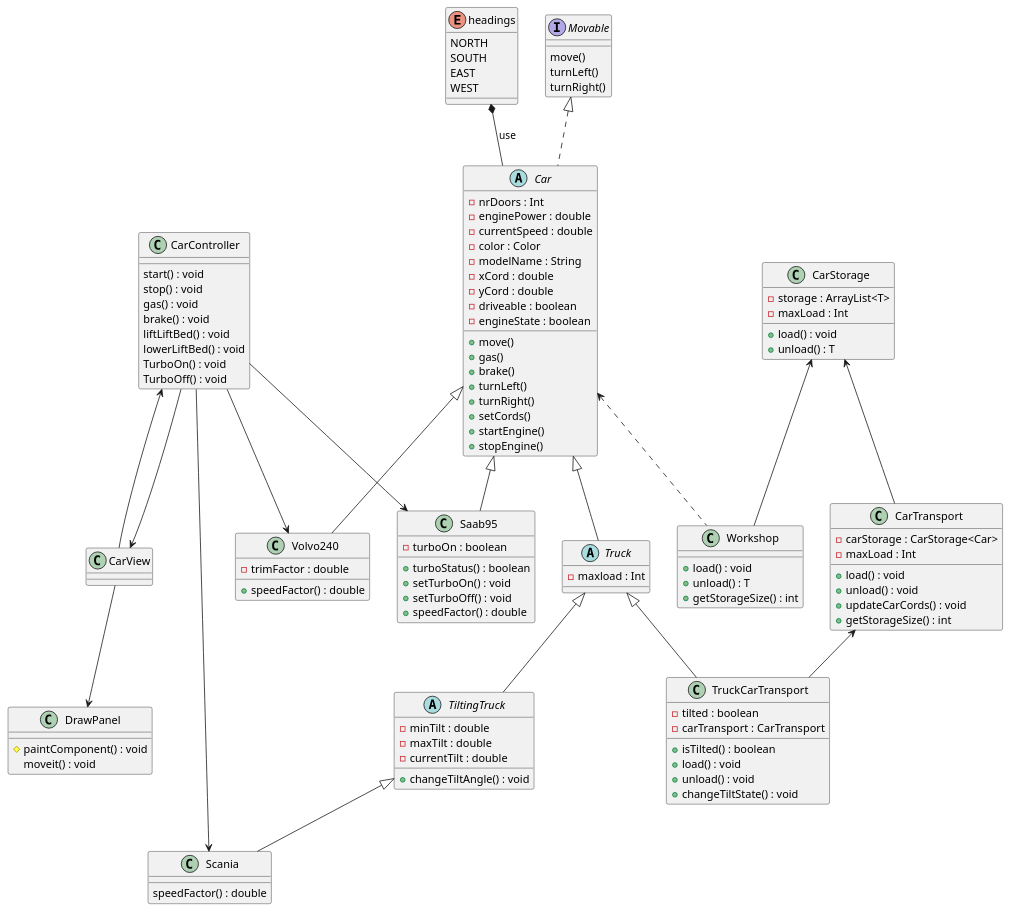
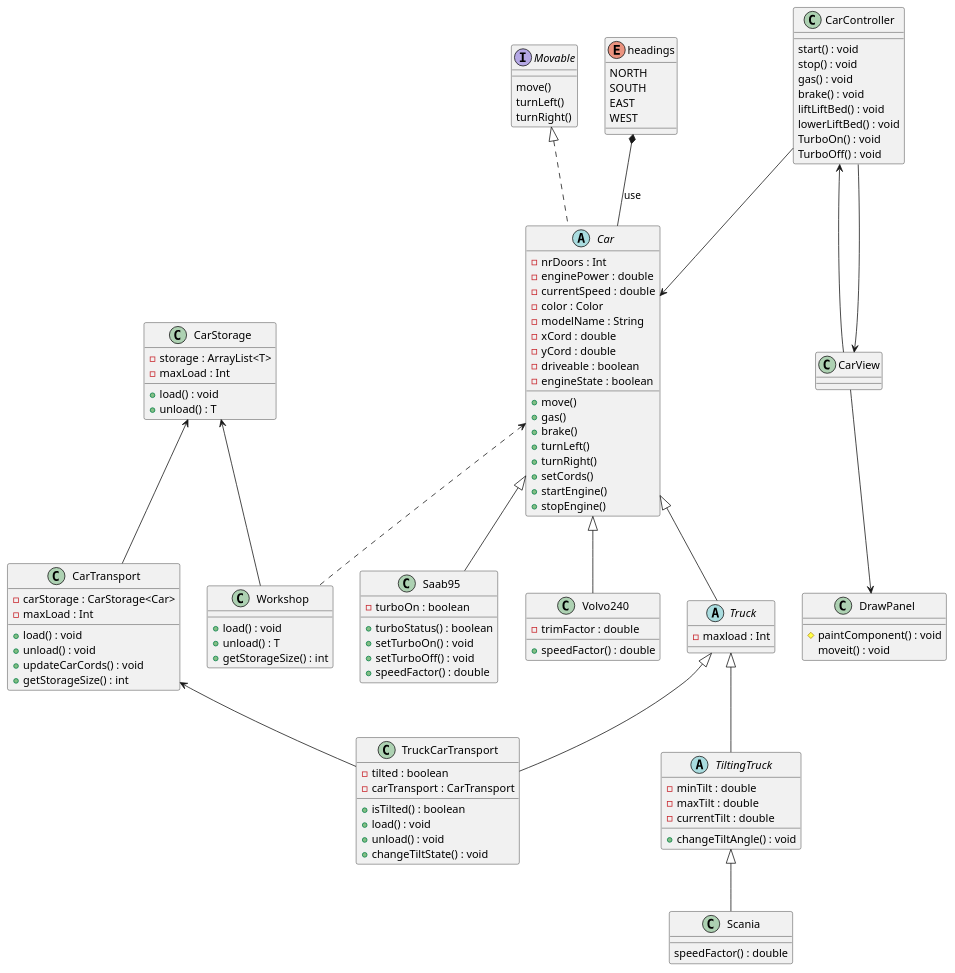
Before and after one commit to jabb4/TDA553-Lab: the diagram in upg2.puml, drawn with PlantUML. The commit also changed 5 other files, not shown here.

```diff
--- a/upg2.puml
+++ b/upg2.puml
@@ -1,141 +1,139 @@
 @startuml
 'https://plantuml.com/class-diagram
 
 enum headings {
 NORTH
 SOUTH
 EAST
 WEST
 }
 
 abstract class Car {
 - nrDoors : Int
 - enginePower : double
 - currentSpeed : double
 - color : Color
 - modelName : String
 - xCord : double
 - yCord : double
 - driveable : boolean
 - engineState : boolean
 
 + move()
 + gas()
 + brake()
 + turnLeft()
 + turnRight()
 + setCords()
 + startEngine()
 + stopEngine()
 }
 
 abstract class Truck {
 - maxload : Int
 }
 
 abstract class TiltingTruck {
 + changeTiltAngle() : void
 
 - minTilt : double
 - maxTilt : double
 - currentTilt : double
 }
 
 class CarController {
 start() : void
 stop() : void
 gas() : void
 brake() : void
 liftLiftBed() : void
 lowerLiftBed() : void
 TurboOn() : void
 TurboOff() : void
 }
 
 class CarStorage {
 + load() : void
 + unload() : T
 
 - storage : ArrayList<T>
 - maxLoad : Int
 }
 class CarTransport {
 + load() : void
 + unload() : void
 + updateCarCords() : void
 + getStorageSize() : int
 
 - carStorage : CarStorage<Car>
 - maxLoad : Int
 }
 
 class CarView {
 
 }
 class DrawPanel {
 # paintComponent() : void
 moveit() : void
 }
 class Saab95 {
 + turboStatus() : boolean
 + setTurboOn() : void
 + setTurboOff() : void
 + speedFactor() : double
 
 - turboOn : boolean
 }
 
 class Scania {
 speedFactor() : double
 }
 
 class TruckCarTransport {
 + isTilted() : boolean
 + load() : void
 + unload() : void
 + changeTiltState() : void
 
 - tilted : boolean
 - carTransport : CarTransport
 }
 
 class Volvo240 {
 + speedFactor() : double
 
 - trimFactor : double
 }
 
 class Workshop {
 + load() : void
 + unload() : T
 + getStorageSize() : int
 }
 
 interface Movable {
 move()
 turnLeft()
 turnRight()
 }
 
 Movable <|.. Car
 headings *-- Car : use
 Car <|-- Truck
 Car <|-- Volvo240
 Car <|-- Saab95
 Truck <|-- TiltingTruck
 TiltingTruck <|-- Scania
 Truck <|-- TruckCarTransport
 CarStorage <-- CarTransport
 CarStorage <-- Workshop
 CarTransport <-- TruckCarTransport
 Car <.. Workshop
 
 CarView <-- CarController
 CarController <-- CarView
 CarView --> DrawPanel
 
-CarController --> Volvo240
-CarController --> Saab95
-CarController --> Scania
+CarController --> Car
 
 @enduml
```
